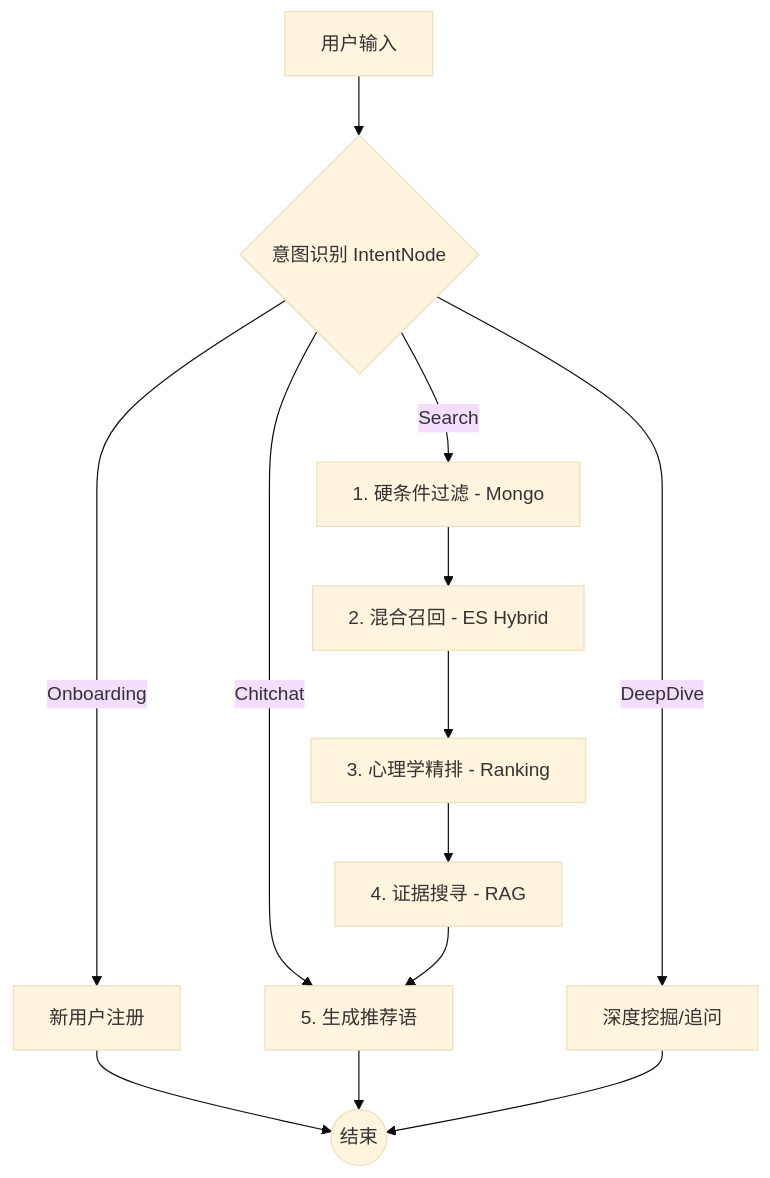
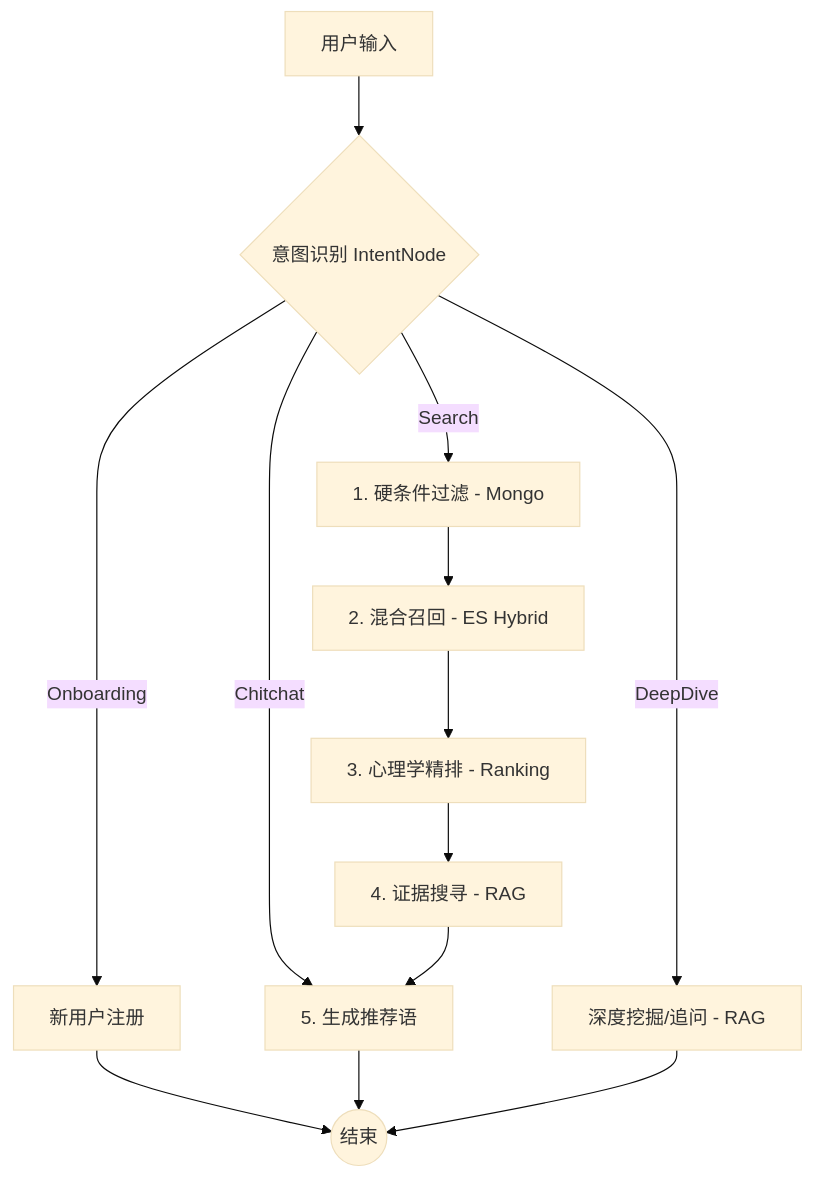
Before and after one commit to RobotChen21/digital-matchmaker-recommand: the diagram in README.md, drawn with Mermaid (base theme).

Commit message:
update: Update DeepDiveNode description in README

````diff
--- a/README.md
+++ b/README.md
@@ -53,18 +53,18 @@
 ```mermaid
 graph TD
     UserInput[用户输入] --> Intent{意图识别 IntentNode}
     
     Intent -->|Onboarding| OnboardingNode[新用户注册]
     Intent -->|Chitchat| ResponseNode[闲聊回复]
-    Intent -->|DeepDive| DeepDiveNode[深度挖掘/追问]
+    Intent -->|DeepDive| DeepDiveNode[深度挖掘/追问 - RAG]
     Intent -->|Search| FilterNode[1. 硬条件过滤 - Mongo]
     
     FilterNode --> RecallNode[2. 混合召回 - ES Hybrid]
     RecallNode --> RankingNode[3. 心理学精排 - Ranking]
     RankingNode --> EvidenceNode[4. 证据搜寻 - RAG]
     EvidenceNode --> ResponseNode[5. 生成推荐语]
     
     OnboardingNode --> End((结束))
     ResponseNode --> End
     DeepDiveNode --> End
 ```
````
